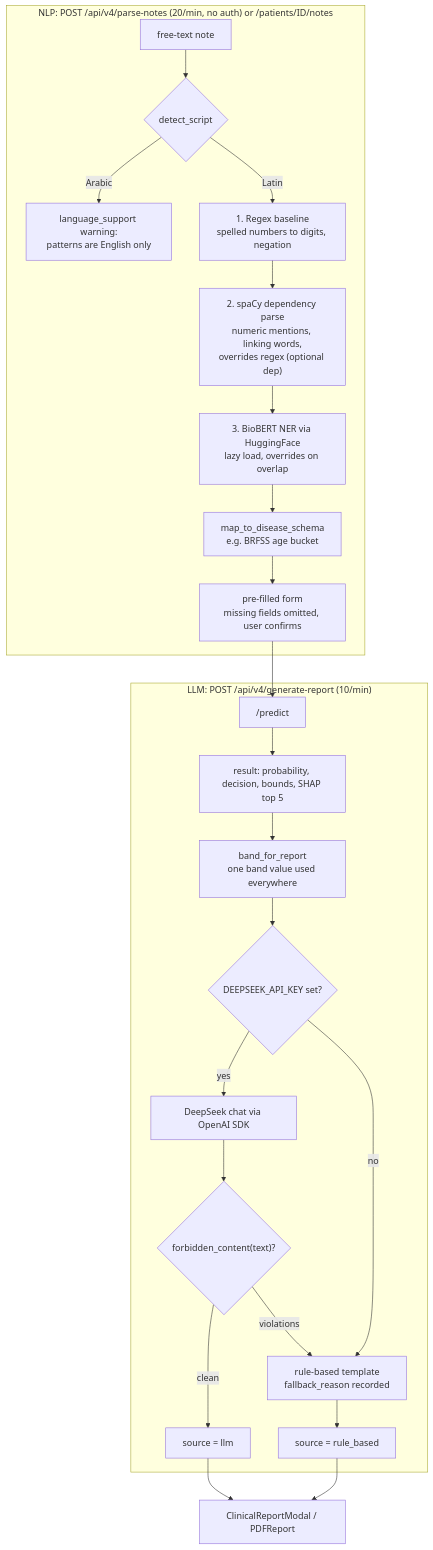
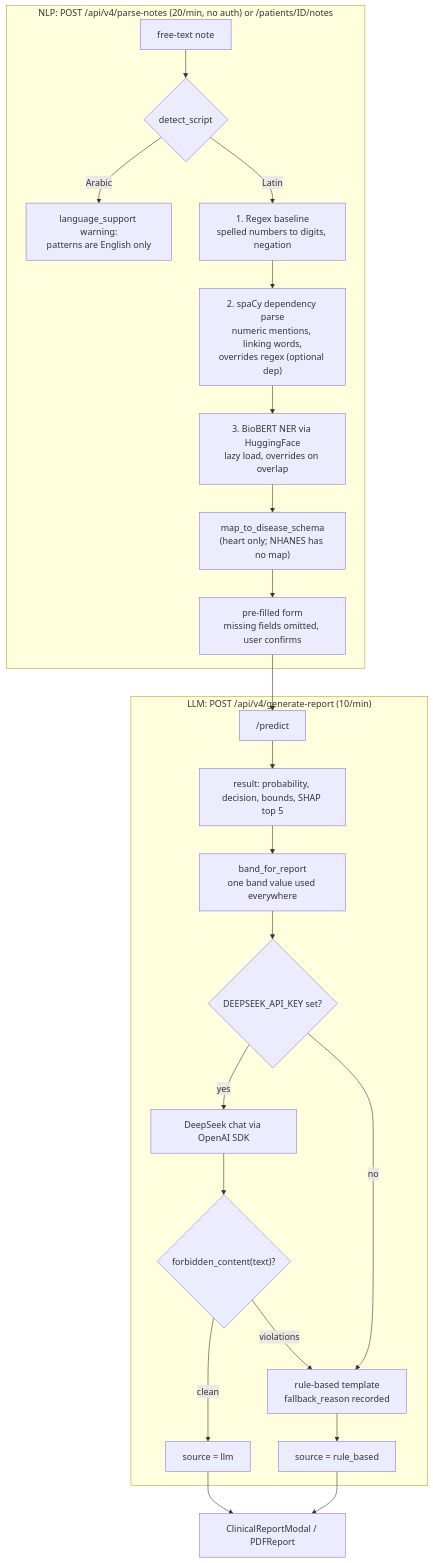
The seventh of 13 diagrams in docs/ARCHITECTURE.md (yahyalababenah/omnidiag), drawn with Mermaid before and after one commit. The commit also changed other lines of this file and 17 other files, not shown here.

````diff
--- a/docs/ARCHITECTURE.md
+++ b/docs/ARCHITECTURE.md
@@ -293,26 +283,26 @@
 ```mermaid
 flowchart TB
   subgraph NLPX["NLP: POST /api/v4/parse-notes (20/min, no auth) or /patients/ID/notes"]
     N0["free-text note"] --> N1{"detect_script"}
     N1 -->|"Arabic"| N1a["language_support warning:<br/>patterns are English only"]
     N1 -->|"Latin"| N2["1. Regex baseline<br/>spelled numbers to digits, negation"]
     N2 --> N3["2. spaCy dependency parse<br/>numeric mentions, linking words,<br/>overrides regex (optional dep)"]
     N3 --> N4["3. BioBERT NER via HuggingFace<br/>lazy load, overrides on overlap"]
-    N4 --> N5["map_to_disease_schema<br/>e.g. BRFSS age bucket"]
+    N4 --> N5["map_to_disease_schema<br/>(heart only; NHANES has no map)"]
     N5 --> N6["pre-filled form<br/>missing fields omitted, user confirms"]
   end
   N6 --> PRED["/predict"]
   subgraph LLMX["LLM: POST /api/v4/generate-report (10/min)"]
     PRED --> L0["result: probability, decision, bounds, SHAP top 5"]
     L0 --> L1["band_for_report<br/>one band value used everywhere"]
     L1 --> L2{"DEEPSEEK_API_KEY set?"}
     L2 -->|"yes"| L3["DeepSeek chat via OpenAI SDK"]
     L3 --> L4{"forbidden_content(text)?"}
     L4 -->|"clean"| L5["source = llm"]
     L4 -->|"violations"| L6["rule-based template<br/>fallback_reason recorded"]
     L2 -->|"no"| L6
     L6 --> L7["source = rule_based"]
   end
   L5 --> OUT["ClinicalReportModal / PDFReport"]
   L7 --> OUT
 ```
````
